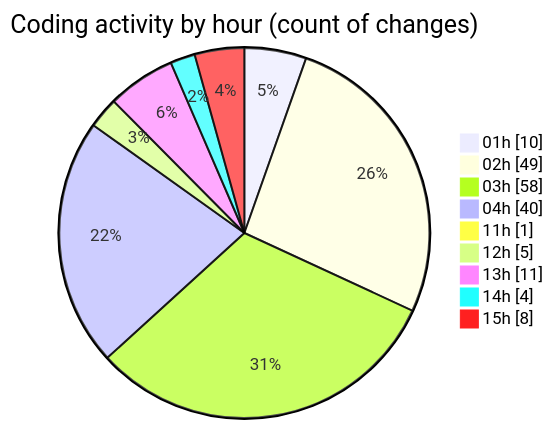
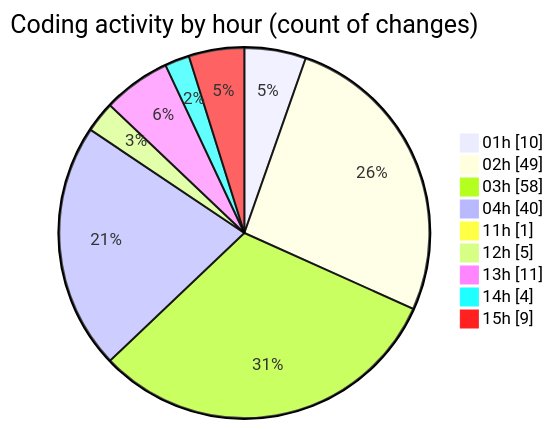
The second of 2 diagrams in 2025-11-21/eventscop-frontend-guide__workspace_/README.md (julien-gomy/code-tracking), drawn with Mermaid before and after one commit. The commit also changed other lines of this file and 1 other file, not shown here.

````diff
--- a/2025-11-21/eventscop-frontend-guide__workspace_/README.md
+++ b/2025-11-21/eventscop-frontend-guide__workspace_/README.md
@@ -75,13 +75,13 @@
 ```mermaid
 pie showData
 title Coding activity by hour (count of changes)
 "01h" : 10
 "02h" : 49
 "03h" : 58
 "04h" : 40
 "11h" : 1
 "12h" : 5
 "13h" : 11
 "14h" : 4
-"15h" : 8
+"15h" : 9
 ```
````
